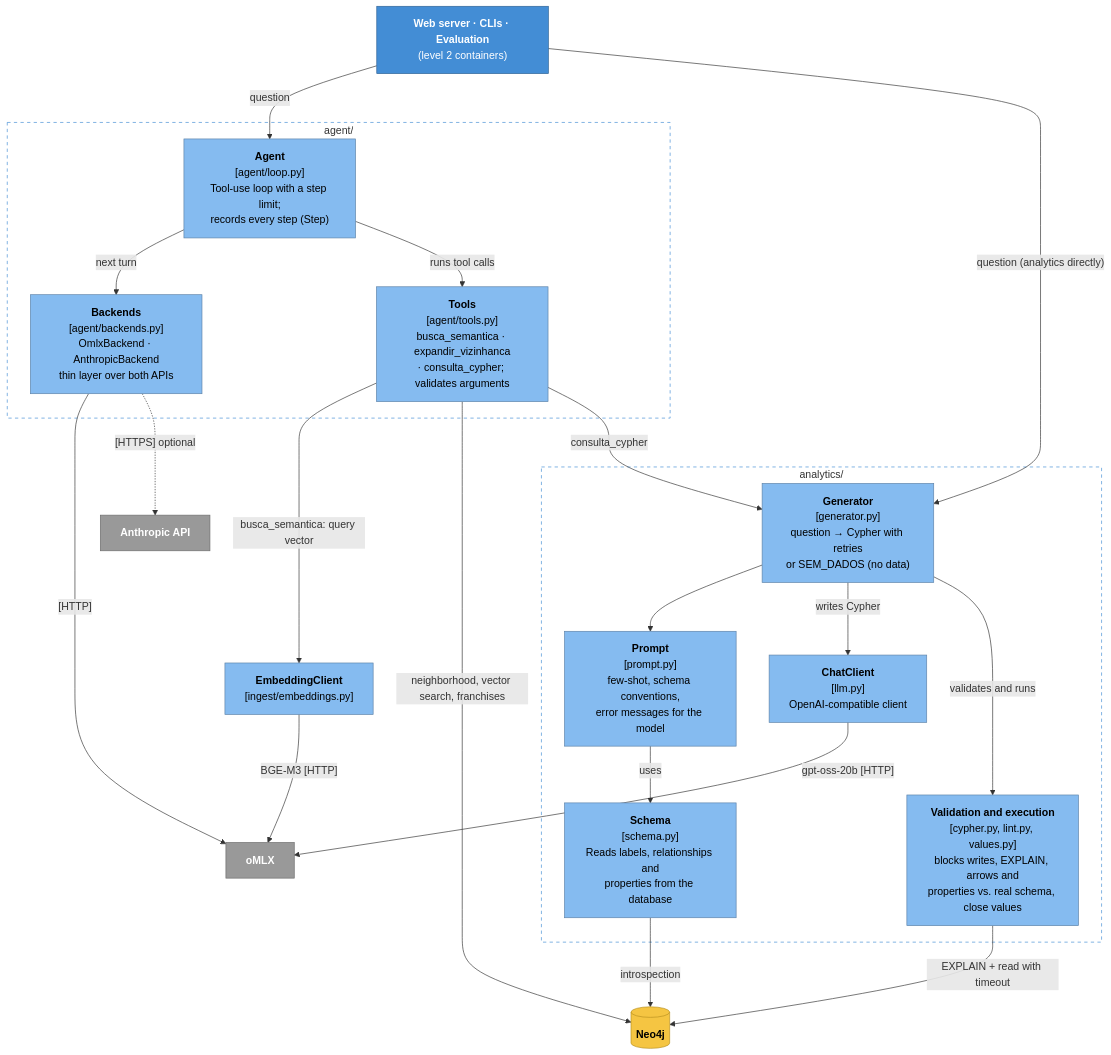
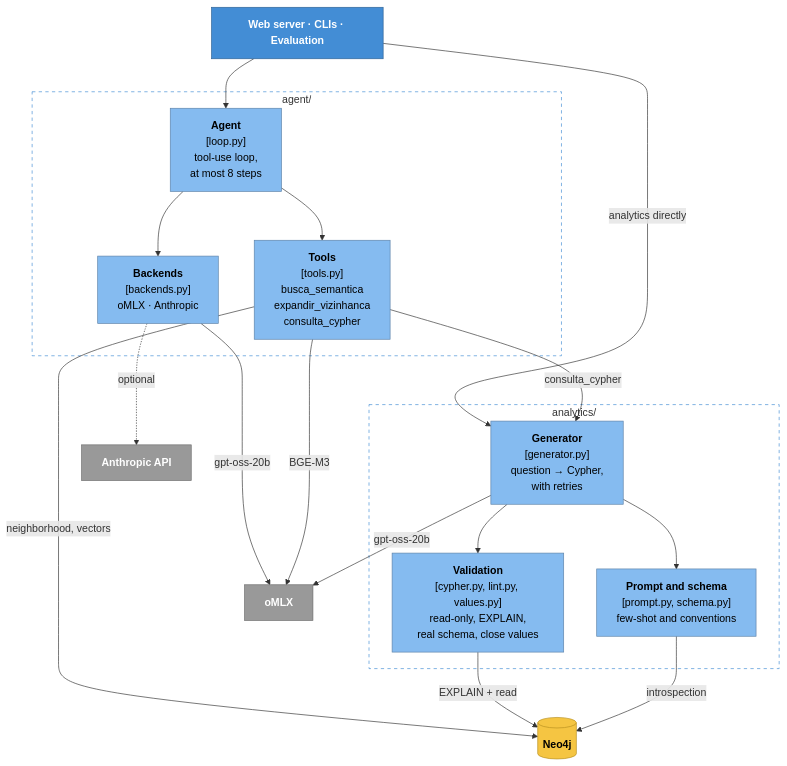
The fourth of 4 diagrams in docs/08 - C4 Architecture.md (jovempedr0/GraphRAG-MAL), drawn with Mermaid before and after one commit. The commit also changed other lines of this file and 1 other file, not shown here.

Commit message:
feat: Update C4 architecture documentation with improved diagrams and clarity for question time and preparation phases

````diff
--- a/docs/08 - C4 Architecture.md
+++ b/docs/08 - C4 Architecture.md
@@ -117,55 +139,48 @@
 ```mermaid
 flowchart TB
-    caller["<b>Web server · CLIs · Evaluation</b><br/>(level 2 containers)"]
+    caller["<b>Web server · CLIs · Evaluation</b>"]
 
     subgraph agentpkg["agent/"]
-        loop["<b>Agent</b><br/>[agent/loop.py]<br/>Tool-use loop with a step limit;<br/>records every step (Step)"]
-        backends["<b>Backends</b><br/>[agent/backends.py]<br/>OmlxBackend · AnthropicBackend<br/>thin layer over both APIs"]
-        tools["<b>Tools</b><br/>[agent/tools.py]<br/>busca_semantica · expandir_vizinhanca<br/>· consulta_cypher; validates arguments"]
+        loop["<b>Agent</b><br/>[loop.py]<br/>tool-use loop,<br/>at most 8 steps"]
+        backends["<b>Backends</b><br/>[backends.py]<br/>oMLX · Anthropic"]
+        tools["<b>Tools</b><br/>[tools.py]<br/>busca_semantica<br/>expandir_vizinhanca<br/>consulta_cypher"]
     end
 
     subgraph analyticspkg["analytics/"]
-        generator["<b>Generator</b><br/>[generator.py]<br/>question → Cypher with retries<br/>or SEM_DADOS (no data)"]
-        prompt["<b>Prompt</b><br/>[prompt.py]<br/>few-shot, schema conventions,<br/>error messages for the model"]
-        cypher["<b>Validation and execution</b><br/>[cypher.py, lint.py, values.py]<br/>blocks writes, EXPLAIN, arrows and<br/>properties vs. real schema, close values"]
-        schema["<b>Schema</b><br/>[schema.py]<br/>Reads labels, relationships and<br/>properties from the database"]
-        llm["<b>ChatClient</b><br/>[llm.py]<br/>OpenAI-compatible client"]
+        generator["<b>Generator</b><br/>[generator.py]<br/>question → Cypher,<br/>with retries"]
+        prompt["<b>Prompt and schema</b><br/>[prompt.py, schema.py]<br/>few-shot and conventions"]
+        cypher["<b>Validation</b><br/>[cypher.py, lint.py, values.py]<br/>read-only, EXPLAIN,<br/>real schema, close values"]
     end
-
-    embed["<b>EmbeddingClient</b><br/>[ingest/embeddings.py]"]
 
     neo4j[("<b>Neo4j</b>")]
     omlx["<b>oMLX</b>"]
     claude["<b>Anthropic API</b>"]
 
-    caller -- "question" --> loop
-    caller -- "question (analytics directly)" --> generator
-    loop -- "next turn" --> backends
-    loop -- "runs tool calls" --> tools
-    backends -- "[HTTP]" --> omlx
-    backends -. "[HTTPS] optional" .-> claude
+    caller --> loop
+    caller -- "analytics directly" --> generator
+    loop --> backends
+    loop --> tools
+    tools -- "consulta_cypher" --> generator
+    generator --> prompt
+    generator --> cypher
 
-    tools -- "busca_semantica: query vector" --> embed
-    tools -- "neighborhood, vector search, franchises" --> neo4j
-    tools -- "consulta_cypher" --> generator
+    backends -- "gpt-oss-20b" --> omlx
+    backends -. "optional" .-> claude
+    tools -- "BGE-M3" --> omlx
+    generator -- "gpt-oss-20b" --> omlx
+    tools -- "neighborhood, vectors" --> neo4j
+    cypher -- "EXPLAIN + read" --> neo4j
+    prompt -- "introspection" --> neo4j
 
-    generator --> prompt
-    prompt -- "uses" --> schema
-    generator -- "writes Cypher" --> llm
-    generator -- "validates and runs" --> cypher
-    cypher -- "EXPLAIN + read with timeout" --> neo4j
-    schema -- "introspection" --> neo4j
-    llm -- "gpt-oss-20b [HTTP]" --> omlx
-    embed -- "BGE-M3 [HTTP]" --> omlx
-
+    classDef person fill:#08427b,stroke:#052e56,color:#fff
     classDef container fill:#438dd5,stroke:#2e6295,color:#fff
     classDef component fill:#85bbf0,stroke:#5d82a8,color:#000
     classDef store fill:#f5c542,stroke:#b8901f,color:#000
     classDef external fill:#999,stroke:#6b6b6b,color:#fff
     class caller container
-    class loop,backends,tools,generator,prompt,cypher,schema,llm,embed component
+    class loop,backends,tools,generator,prompt,cypher component
     class neo4j store
     class omlx,claude external
     style agentpkg fill:none,stroke:#438dd5,stroke-dasharray:5 5
     style analyticspkg fill:none,stroke:#438dd5,stroke-dasharray:5 5
 ```
````
